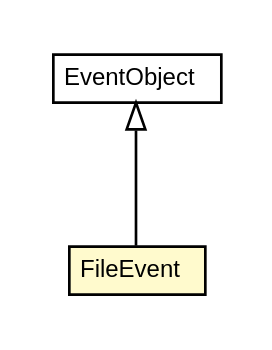
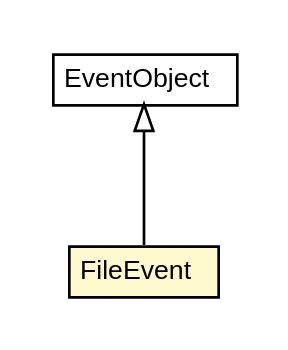
One commit to GServlet/gservlet-site changed the diagram in static/javadocs/1.0.0/org/gservlet/FileEvent.dot. Above: the diagram before and after it, drawn with Graphviz. The commit also changed 168 other files, not shown here.

```diff
--- a/static/javadocs/1.0.0/org/gservlet/FileEvent.dot
+++ b/static/javadocs/1.0.0/org/gservlet/FileEvent.dot
@@ -1,26 +1,26 @@
 #!/usr/local/bin/dot
 #
 # Class diagram 
 # Generated by UMLGraph version R5_6-24-gf6e263 (http://www.umlgraph.org/)
 #
 
 digraph G {
 	edge [fontname="arial",fontsize=10,labelfontname="arial",labelfontsize=10];
 	node [fontname="arial",fontsize=10,shape=plaintext];
 	nodesep=0.25;
 	ranksep=0.5;
 	// org.gservlet.FileEvent
-	c981 [label=<<table title="org.gservlet.FileEvent" border="0" cellborder="1" cellspacing="0" cellpadding="2" port="p" bgcolor="lemonChiffon" href="./FileEvent.html">
+	c1005 [label=<<table title="org.gservlet.FileEvent" border="0" cellborder="1" cellspacing="0" cellpadding="2" port="p" bgcolor="lemonChiffon" href="./FileEvent.html">
 		<tr><td><table border="0" cellspacing="0" cellpadding="1">
 <tr><td align="center" balign="center"> FileEvent </td></tr>
 		</table></td></tr>
-		</table>>, URL="./FileEvent.html", fontname="arial", fontcolor="black", fontsize=9.0];
+		</table>>, URL="./FileEvent.html", fontname="arial", fontcolor="black", fontsize=10.0];
 	//org.gservlet.FileEvent extends java.util.EventObject
-	c1013:p -> c981:p [dir=back,arrowtail=empty];
+	c1013:p -> c1005:p [dir=back,arrowtail=empty];
 	// java.util.EventObject
 	c1013 [label=<<table title="java.util.EventObject" border="0" cellborder="1" cellspacing="0" cellpadding="2" port="p" href="http://java.sun.com/j2se/1.4.2/docs/api/java/util/EventObject.html">
 		<tr><td><table border="0" cellspacing="0" cellpadding="1">
 <tr><td align="center" balign="center"> EventObject </td></tr>
 		</table></td></tr>
-		</table>>, URL="http://java.sun.com/j2se/1.4.2/docs/api/java/util/EventObject.html", fontname="arial", fontcolor="black", fontsize=9.0];
+		</table>>, URL="http://java.sun.com/j2se/1.4.2/docs/api/java/util/EventObject.html", fontname="arial", fontcolor="black", fontsize=10.0];
 }
```
